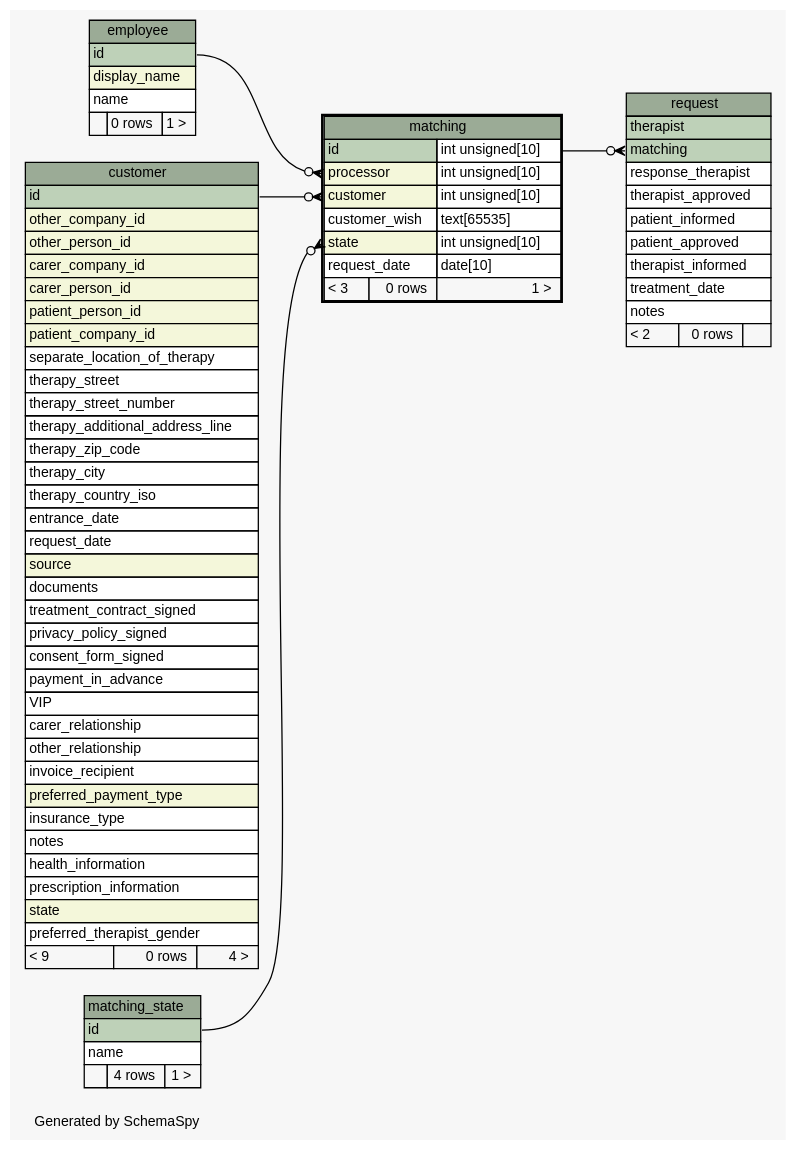
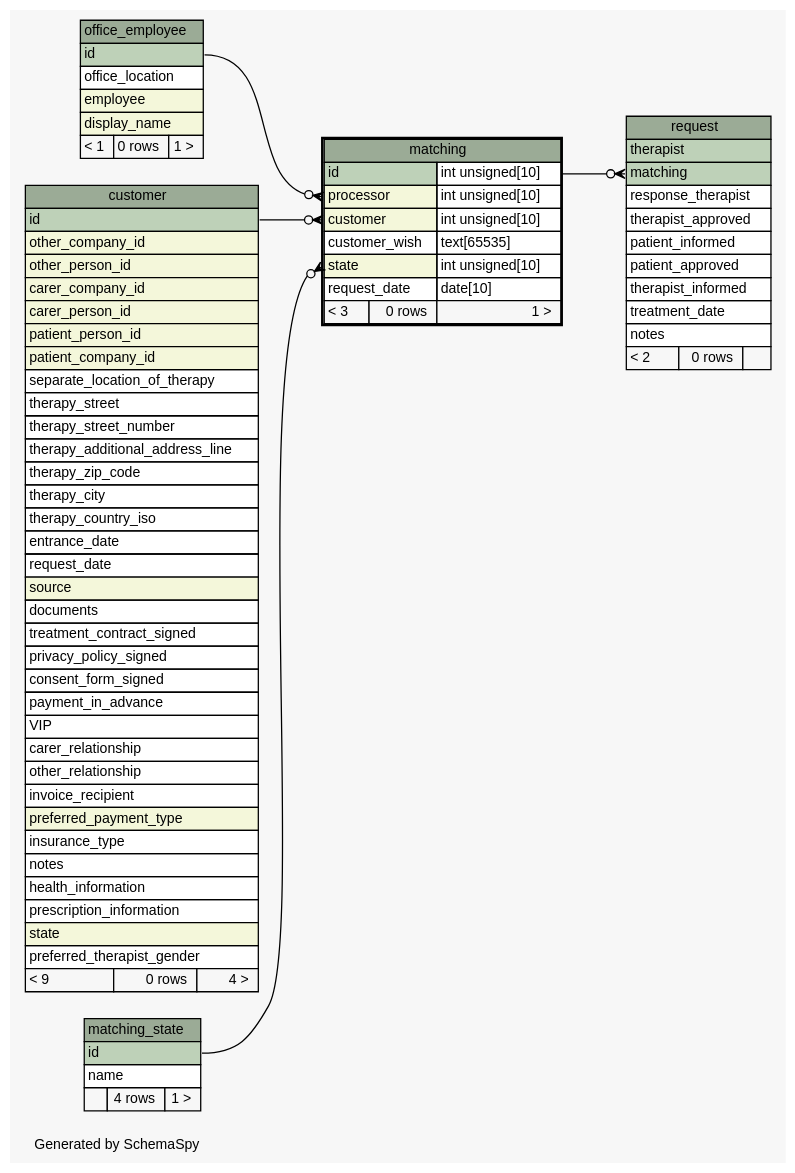
One commit to KaiBMP/KaiBMP.github.io changed the diagram in diagrams/matching.1degree.dot. Above: the diagram before and after it, drawn with Graphviz. The commit also changed 141 other files, not shown here.

Commit message:
schemaspy update

```diff
--- a/diagrams/matching.1degree.dot
+++ b/diagrams/matching.1degree.dot
@@ -1,124 +1,125 @@
-// dot 2.40.1 on Linux 5.3.0-26-generic
+// dot 2.40.1 on Linux 5.3.0-28-generic
 // SchemaSpy rev 590
 digraph "oneDegreeRelationshipsDiagram" {
   graph [
     rankdir="RL"
     bgcolor="#f7f7f7"
     label="\nGenerated by SchemaSpy"
     labeljust="l"
     nodesep="0.18"
     ranksep="0.46"
     fontname="Helvetica"
     fontsize="11"
   ];
   node [
     fontname="Helvetica"
     fontsize="11"
     shape="plaintext"
   ];
   edge [
     arrowsize="0.8"
   ];
   "matching":"customer":w -> "customer":"id":e [arrowhead=none dir=back arrowtail=crowodot];
-  "matching":"processor":w -> "employee":"id":e [arrowhead=none dir=back arrowtail=crowodot];
+  "matching":"processor":w -> "office_employee":"id":e [arrowhead=none dir=back arrowtail=crowodot];
   "matching":"state":w -> "matching_state":"id":e [arrowhead=none dir=back arrowtail=crowodot];
   "request":"matching":w -> "matching":"id.type":e [arrowhead=none dir=back arrowtail=crowodot];
   "customer" [
     label=<
     <TABLE BORDER="0" CELLBORDER="1" CELLSPACING="0" BGCOLOR="#ffffff">
       <TR><TD COLSPAN="3" BGCOLOR="#9bab96" ALIGN="CENTER">customer</TD></TR>
       <TR><TD PORT="id" COLSPAN="3" BGCOLOR="#bed1b8" ALIGN="LEFT">id</TD></TR>
       <TR><TD PORT="other_company_id" COLSPAN="3" BGCOLOR="#f4f7da" ALIGN="LEFT">other_company_id</TD></TR>
       <TR><TD PORT="other_person_id" COLSPAN="3" BGCOLOR="#f4f7da" ALIGN="LEFT">other_person_id</TD></TR>
       <TR><TD PORT="carer_company_id" COLSPAN="3" BGCOLOR="#f4f7da" ALIGN="LEFT">carer_company_id</TD></TR>
       <TR><TD PORT="carer_person_id" COLSPAN="3" BGCOLOR="#f4f7da" ALIGN="LEFT">carer_person_id</TD></TR>
       <TR><TD PORT="patient_person_id" COLSPAN="3" BGCOLOR="#f4f7da" ALIGN="LEFT">patient_person_id</TD></TR>
       <TR><TD PORT="patient_company_id" COLSPAN="3" BGCOLOR="#f4f7da" ALIGN="LEFT">patient_company_id</TD></TR>
       <TR><TD PORT="separate_location_of_therapy" COLSPAN="3" ALIGN="LEFT">separate_location_of_therapy</TD></TR>
       <TR><TD PORT="therapy_street" COLSPAN="3" ALIGN="LEFT">therapy_street</TD></TR>
       <TR><TD PORT="therapy_street_number" COLSPAN="3" ALIGN="LEFT">therapy_street_number</TD></TR>
       <TR><TD PORT="therapy_additional_address_line" COLSPAN="3" ALIGN="LEFT">therapy_additional_address_line</TD></TR>
       <TR><TD PORT="therapy_zip_code" COLSPAN="3" ALIGN="LEFT">therapy_zip_code</TD></TR>
       <TR><TD PORT="therapy_city" COLSPAN="3" ALIGN="LEFT">therapy_city</TD></TR>
       <TR><TD PORT="therapy_country_iso" COLSPAN="3" ALIGN="LEFT">therapy_country_iso</TD></TR>
       <TR><TD PORT="entrance_date" COLSPAN="3" ALIGN="LEFT">entrance_date</TD></TR>
       <TR><TD PORT="request_date" COLSPAN="3" ALIGN="LEFT">request_date</TD></TR>
       <TR><TD PORT="source" COLSPAN="3" BGCOLOR="#f4f7da" ALIGN="LEFT">source</TD></TR>
       <TR><TD PORT="documents" COLSPAN="3" ALIGN="LEFT">documents</TD></TR>
       <TR><TD PORT="treatment_contract_signed" COLSPAN="3" ALIGN="LEFT">treatment_contract_signed</TD></TR>
       <TR><TD PORT="privacy_policy_signed" COLSPAN="3" ALIGN="LEFT">privacy_policy_signed</TD></TR>
       <TR><TD PORT="consent_form_signed" COLSPAN="3" ALIGN="LEFT">consent_form_signed</TD></TR>
       <TR><TD PORT="payment_in_advance" COLSPAN="3" ALIGN="LEFT">payment_in_advance</TD></TR>
       <TR><TD PORT="VIP" COLSPAN="3" ALIGN="LEFT">VIP</TD></TR>
       <TR><TD PORT="carer_relationship" COLSPAN="3" ALIGN="LEFT">carer_relationship</TD></TR>
       <TR><TD PORT="other_relationship" COLSPAN="3" ALIGN="LEFT">other_relationship</TD></TR>
       <TR><TD PORT="invoice_recipient" COLSPAN="3" ALIGN="LEFT">invoice_recipient</TD></TR>
       <TR><TD PORT="preferred_payment_type" COLSPAN="3" BGCOLOR="#f4f7da" ALIGN="LEFT">preferred_payment_type</TD></TR>
       <TR><TD PORT="insurance_type" COLSPAN="3" ALIGN="LEFT">insurance_type</TD></TR>
       <TR><TD PORT="notes" COLSPAN="3" ALIGN="LEFT">notes</TD></TR>
       <TR><TD PORT="health_information" COLSPAN="3" ALIGN="LEFT">health_information</TD></TR>
       <TR><TD PORT="prescription_information" COLSPAN="3" ALIGN="LEFT">prescription_information</TD></TR>
       <TR><TD PORT="state" COLSPAN="3" BGCOLOR="#f4f7da" ALIGN="LEFT">state</TD></TR>
       <TR><TD PORT="preferred_therapist_gender" COLSPAN="3" ALIGN="LEFT">preferred_therapist_gender</TD></TR>
       <TR><TD ALIGN="LEFT" BGCOLOR="#f7f7f7">&lt; 9</TD><TD ALIGN="RIGHT" BGCOLOR="#f7f7f7">0 rows</TD><TD ALIGN="RIGHT" BGCOLOR="#f7f7f7">4 &gt;</TD></TR>
     </TABLE>>
     URL="customer.html"
     tooltip="customer"
   ];
-  "employee" [
-    label=<
-    <TABLE BORDER="0" CELLBORDER="1" CELLSPACING="0" BGCOLOR="#ffffff">
-      <TR><TD COLSPAN="3" BGCOLOR="#9bab96" ALIGN="CENTER">employee</TD></TR>
-      <TR><TD PORT="id" COLSPAN="3" BGCOLOR="#bed1b8" ALIGN="LEFT">id</TD></TR>
-      <TR><TD PORT="display_name" COLSPAN="3" BGCOLOR="#f4f7da" ALIGN="LEFT">display_name</TD></TR>
-      <TR><TD PORT="name" COLSPAN="3" ALIGN="LEFT">name</TD></TR>
-      <TR><TD ALIGN="LEFT" BGCOLOR="#f7f7f7">  </TD><TD ALIGN="RIGHT" BGCOLOR="#f7f7f7">0 rows</TD><TD ALIGN="RIGHT" BGCOLOR="#f7f7f7">1 &gt;</TD></TR>
-    </TABLE>>
-    URL="employee.html"
-    tooltip="employee"
-  ];
   "matching" [
     label=<
     <TABLE BORDER="2" CELLBORDER="1" CELLSPACING="0" BGCOLOR="#ffffff">
       <TR><TD COLSPAN="3" BGCOLOR="#9bab96" ALIGN="CENTER">matching</TD></TR>
       <TR><TD PORT="id" COLSPAN="2" BGCOLOR="#bed1b8" ALIGN="LEFT">id</TD><TD PORT="id.type" ALIGN="LEFT">int unsigned[10]</TD></TR>
       <TR><TD PORT="processor" COLSPAN="2" BGCOLOR="#f4f7da" ALIGN="LEFT">processor</TD><TD PORT="processor.type" ALIGN="LEFT">int unsigned[10]</TD></TR>
       <TR><TD PORT="customer" COLSPAN="2" BGCOLOR="#f4f7da" ALIGN="LEFT">customer</TD><TD PORT="customer.type" ALIGN="LEFT">int unsigned[10]</TD></TR>
       <TR><TD PORT="customer_wish" COLSPAN="2" ALIGN="LEFT">customer_wish</TD><TD PORT="customer_wish.type" ALIGN="LEFT">text[65535]</TD></TR>
       <TR><TD PORT="state" COLSPAN="2" BGCOLOR="#f4f7da" ALIGN="LEFT">state</TD><TD PORT="state.type" ALIGN="LEFT">int unsigned[10]</TD></TR>
       <TR><TD PORT="request_date" COLSPAN="2" ALIGN="LEFT">request_date</TD><TD PORT="request_date.type" ALIGN="LEFT">date[10]</TD></TR>
       <TR><TD ALIGN="LEFT" BGCOLOR="#f7f7f7">&lt; 3</TD><TD ALIGN="RIGHT" BGCOLOR="#f7f7f7">0 rows</TD><TD ALIGN="RIGHT" BGCOLOR="#f7f7f7">1 &gt;</TD></TR>
     </TABLE>>
     URL="matching.html"
     tooltip="matching"
   ];
   "matching_state" [
     label=<
     <TABLE BORDER="0" CELLBORDER="1" CELLSPACING="0" BGCOLOR="#ffffff">
       <TR><TD COLSPAN="3" BGCOLOR="#9bab96" ALIGN="CENTER">matching_state</TD></TR>
       <TR><TD PORT="id" COLSPAN="3" BGCOLOR="#bed1b8" ALIGN="LEFT">id</TD></TR>
       <TR><TD PORT="name" COLSPAN="3" ALIGN="LEFT">name</TD></TR>
       <TR><TD ALIGN="LEFT" BGCOLOR="#f7f7f7">  </TD><TD ALIGN="RIGHT" BGCOLOR="#f7f7f7">4 rows</TD><TD ALIGN="RIGHT" BGCOLOR="#f7f7f7">1 &gt;</TD></TR>
     </TABLE>>
     URL="matching_state.html"
     tooltip="matching_state"
   ];
+  "office_employee" [
+    label=<
+    <TABLE BORDER="0" CELLBORDER="1" CELLSPACING="0" BGCOLOR="#ffffff">
+      <TR><TD COLSPAN="3" BGCOLOR="#9bab96" ALIGN="CENTER">office_employee</TD></TR>
+      <TR><TD PORT="id" COLSPAN="3" BGCOLOR="#bed1b8" ALIGN="LEFT">id</TD></TR>
+      <TR><TD PORT="office_location" COLSPAN="3" ALIGN="LEFT">office_location</TD></TR>
+      <TR><TD PORT="employee" COLSPAN="3" BGCOLOR="#f4f7da" ALIGN="LEFT">employee</TD></TR>
+      <TR><TD PORT="display_name" COLSPAN="3" BGCOLOR="#f4f7da" ALIGN="LEFT">display_name</TD></TR>
+      <TR><TD ALIGN="LEFT" BGCOLOR="#f7f7f7">&lt; 1</TD><TD ALIGN="RIGHT" BGCOLOR="#f7f7f7">0 rows</TD><TD ALIGN="RIGHT" BGCOLOR="#f7f7f7">1 &gt;</TD></TR>
+    </TABLE>>
+    URL="office_employee.html"
+    tooltip="office_employee"
+  ];
   "request" [
     label=<
     <TABLE BORDER="0" CELLBORDER="1" CELLSPACING="0" BGCOLOR="#ffffff">
       <TR><TD COLSPAN="3" BGCOLOR="#9bab96" ALIGN="CENTER">request</TD></TR>
       <TR><TD PORT="therapist" COLSPAN="3" BGCOLOR="#bed1b8" ALIGN="LEFT">therapist</TD></TR>
       <TR><TD PORT="matching" COLSPAN="3" BGCOLOR="#bed1b8" ALIGN="LEFT">matching</TD></TR>
       <TR><TD PORT="response_therapist" COLSPAN="3" ALIGN="LEFT">response_therapist</TD></TR>
       <TR><TD PORT="therapist_approved" COLSPAN="3" ALIGN="LEFT">therapist_approved</TD></TR>
       <TR><TD PORT="patient_informed" COLSPAN="3" ALIGN="LEFT">patient_informed</TD></TR>
       <TR><TD PORT="patient_approved" COLSPAN="3" ALIGN="LEFT">patient_approved</TD></TR>
       <TR><TD PORT="therapist_informed" COLSPAN="3" ALIGN="LEFT">therapist_informed</TD></TR>
       <TR><TD PORT="treatment_date" COLSPAN="3" ALIGN="LEFT">treatment_date</TD></TR>
       <TR><TD PORT="notes" COLSPAN="3" ALIGN="LEFT">notes</TD></TR>
       <TR><TD ALIGN="LEFT" BGCOLOR="#f7f7f7">&lt; 2</TD><TD ALIGN="RIGHT" BGCOLOR="#f7f7f7">0 rows</TD><TD ALIGN="RIGHT" BGCOLOR="#f7f7f7">  </TD></TR>
     </TABLE>>
     URL="request.html"
     tooltip="request"
   ];
 }
```
